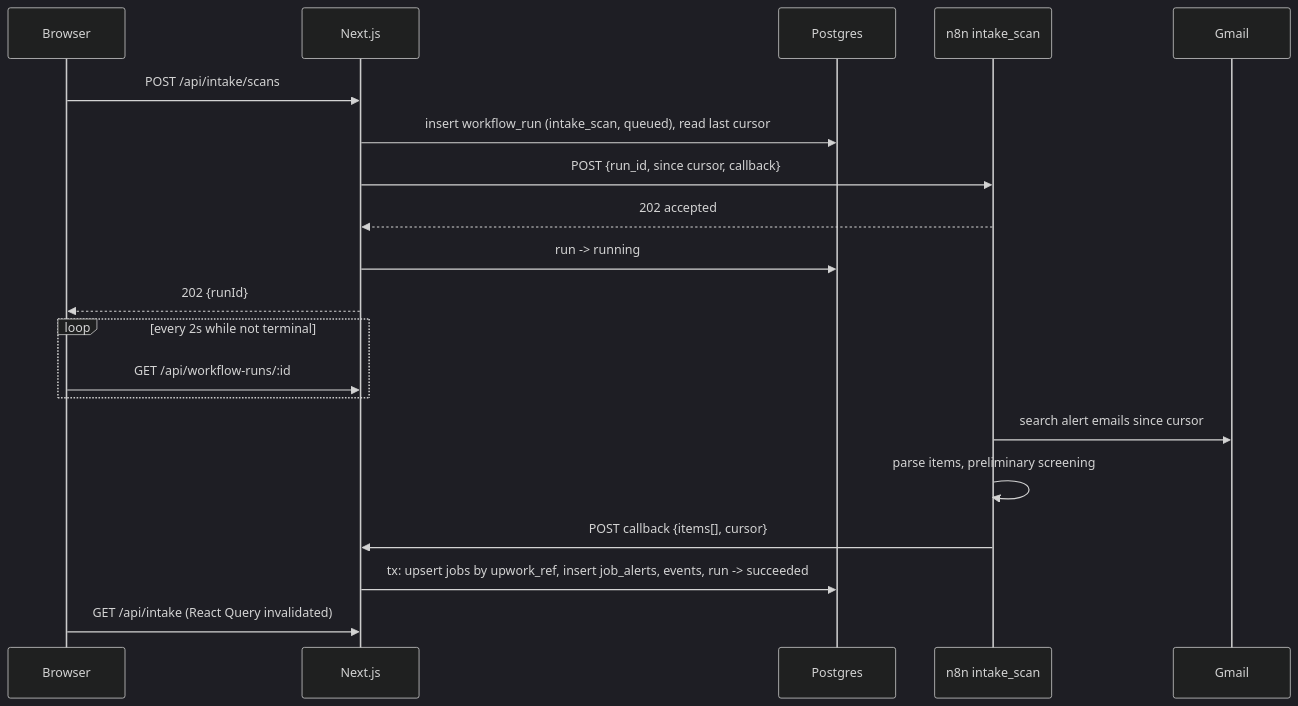
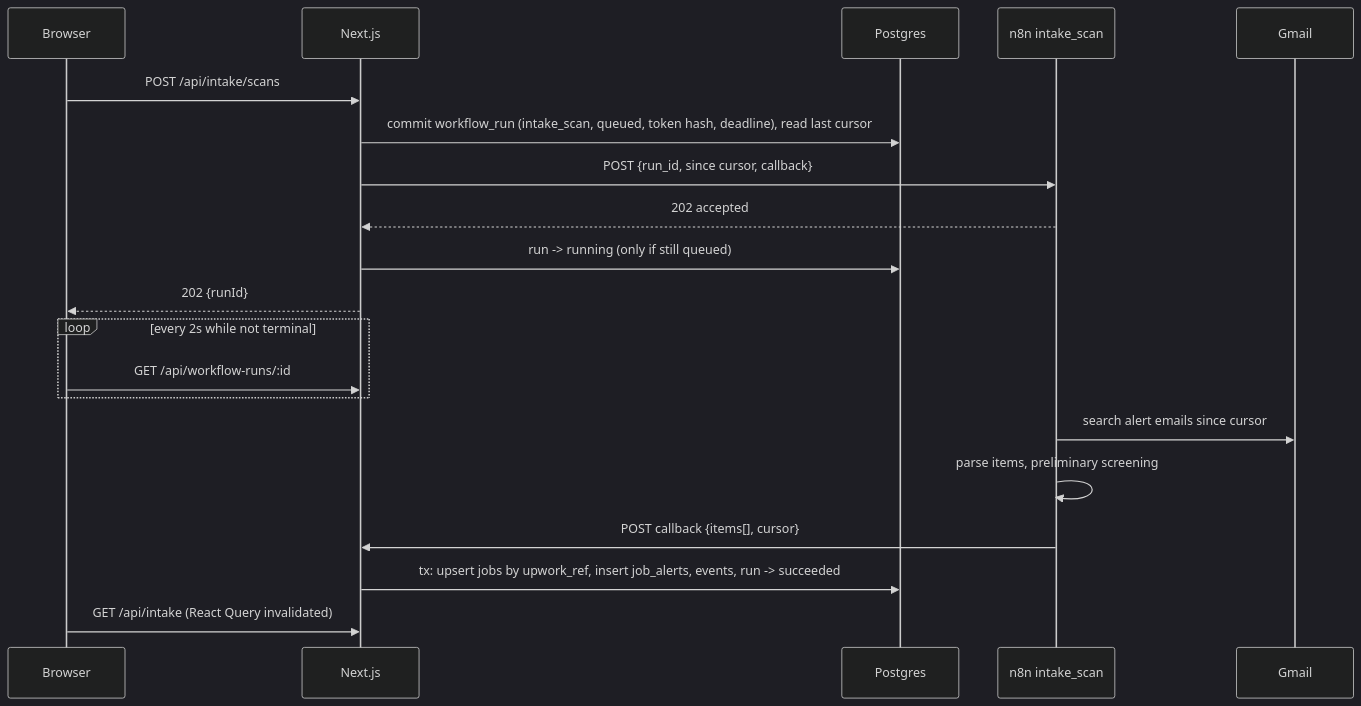
One commit to IntraWeb-Technology/upwork-command-center changed the second of 7 diagrams in docs/architecture-proposal.md. Above: the diagram before and after it, drawn with Mermaid (dark theme). The commit also changed other lines of this file and 1 other file, not shown here.

Commit message:
docs: validate architecture against n8n workflows

````diff
--- a/docs/architecture-proposal.md
+++ b/docs/architecture-proposal.md
@@ -81,22 +82,22 @@
 ```mermaid
 sequenceDiagram
   participant U as Browser
   participant N as Next.js
   participant DB as Postgres
   participant W as n8n intake_scan
   participant G as Gmail
   U->>N: POST /api/intake/scans
-  N->>DB: insert workflow_run (intake_scan, queued), read last cursor
+  N->>DB: commit workflow_run (intake_scan, queued, token hash, deadline), read last cursor
   N->>W: POST {run_id, since cursor, callback}
   W-->>N: 202 accepted
-  N->>DB: run -> running
+  N->>DB: run -> running (only if still queued)
   N-->>U: 202 {runId}
   loop every 2s while not terminal
     U->>N: GET /api/workflow-runs/:id
   end
   W->>G: search alert emails since cursor
   W->>W: parse items, preliminary screening
   W->>N: POST callback {items[], cursor}
   N->>DB: tx: upsert jobs by upwork_ref, insert job_alerts, events, run -> succeeded
   U->>N: GET /api/intake (React Query invalidated)
 ```
````
